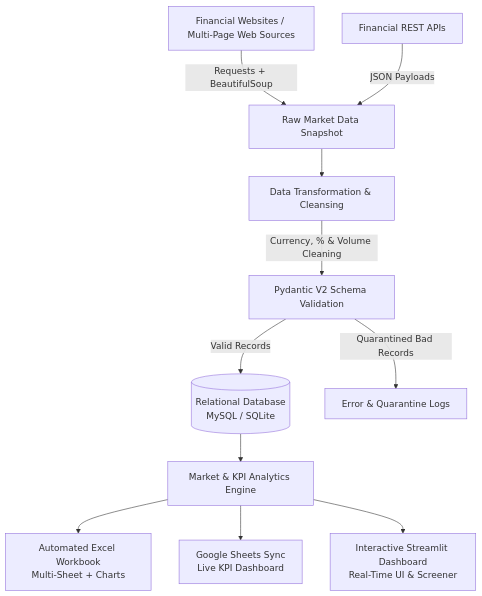
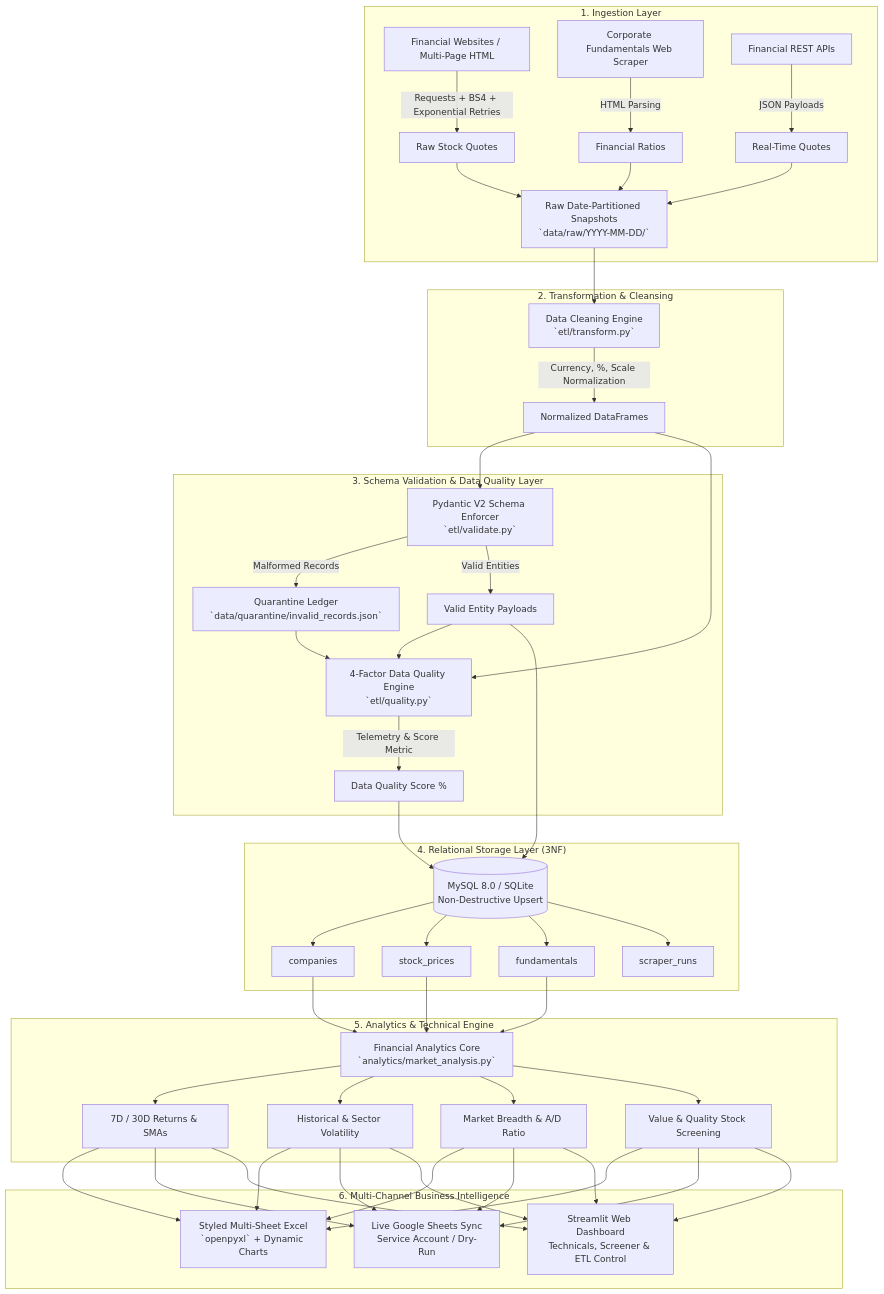
The diagram in README.md (shivenchauhan1/Automated-Market-Data-Scraper-Analytics-Pipeline), drawn with Mermaid before and after one commit. The commit also changed other lines of this file and 21 other files, not shown here.

First line of the commit message:
feat: upgrade market data pipeline to production-grade analytics platform

````diff
--- a/README.md
+++ b/README.md
@@ -9,17 +17,45 @@
 ```mermaid
 flowchart TD
-    A[Financial Websites / Multi-Page Web Sources] -->|Requests + BeautifulSoup| C[Raw Market Data Snapshot]
-    B[Financial REST APIs] -->|JSON Payloads| C
-    
-    C --> D[Data Transformation & Cleansing]
-    D -->|Currency, % & Volume Cleaning| E[Pydantic V2 Schema Validation]
-    
-    E -->|Valid Records| F[(Relational Database\nMySQL / SQLite)]
-    E -->|Quarantined Bad Records| G[Error & Quarantine Logs]
-    
-    F --> H[Market & KPI Analytics Engine]
-    
-    H --> I[Automated Excel Workbook\nMulti-Sheet + Charts]
-    H --> J[Google Sheets Sync\nLive KPI Dashboard]
-    H --> K[Interactive Streamlit Dashboard\nReal-Time UI & Screener]
+    subgraph INGESTION ["1. Ingestion Layer"]
+        A[Financial Websites / Multi-Page HTML] -->|Requests + BS4 + Exponential Retries| R1[Raw Stock Quotes]
+        B[Corporate Fundamentals Web Scraper] -->|HTML Parsing| R2[Financial Ratios]
+        C[Financial REST APIs] -->|JSON Payloads| R3[Real-Time Quotes]
+        R1 & R2 & R3 --> D[Raw Date-Partitioned Snapshots\n`data/raw/YYYY-MM-DD/`]
+    end
+
+    subgraph TRANSFORMATION ["2. Transformation & Cleansing"]
+        D --> E[Data Cleaning Engine\n`etl/transform.py`]
+        E -->|Currency, %, Scale Normalization| F[Normalized DataFrames]
+    end
+
+    subgraph QUALITY_GOVERNANCE ["3. Schema Validation & Data Quality Layer"]
+        F --> G[Pydantic V2 Schema Enforcer\n`etl/validate.py`]
+        G -->|Malformed Records| H[Quarantine Ledger\n`data/quarantine/invalid_records.json`]
+        G -->|Valid Entities| I[Valid Entity Payloads]
+        F & I & H --> J[4-Factor Data Quality Engine\n`etl/quality.py`]
+        J -->|Telemetry & Score Metric| K[Data Quality Score %]
+    end
+
+    subgraph PERSISTENCE ["4. Relational Storage Layer (3NF)"]
+        I --> L[(MySQL 8.0 / SQLite\nNon-Destructive Upsert)]
+        K --> L
+        L --> M1[companies]
+        L --> M2[stock_prices]
+        L --> M3[fundamentals]
+        L --> M4[scraper_runs]
+    end
+
+    subgraph ANALYTICS ["5. Analytics & Technical Engine"]
+        M1 & M2 & M3 --> N[Financial Analytics Core\n`analytics/market_analysis.py`]
+        N --> O1[7D / 30D Returns & SMAs]
+        N --> O2[Historical & Sector Volatility]
+        N --> O3[Market Breadth & A/D Ratio]
+        N --> O4[Value & Quality Stock Screening]
+    end
+
+    subgraph PRESENTATION ["6. Multi-Channel Business Intelligence"]
+        O1 & O2 & O3 & O4 --> P[Styled Multi-Sheet Excel\n`openpyxl` + Dynamic Charts]
+        O1 & O2 & O3 & O4 --> Q[Live Google Sheets Sync\nService Account / Dry-Run]
+        O1 & O2 & O3 & O4 --> R[Streamlit Web Dashboard\nTechnicals, Screener & ETL Control]
+    end
 ```
````
